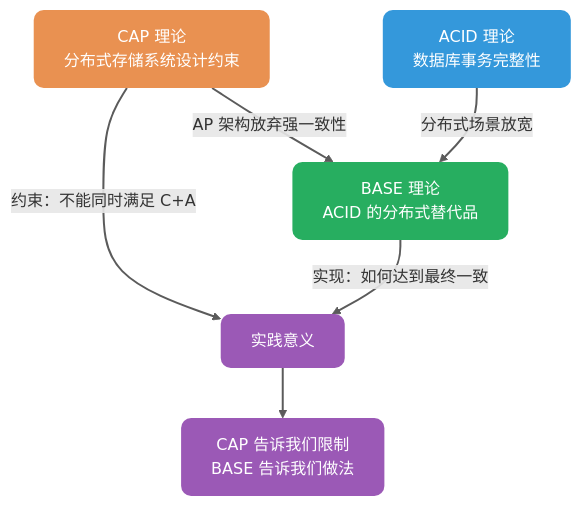
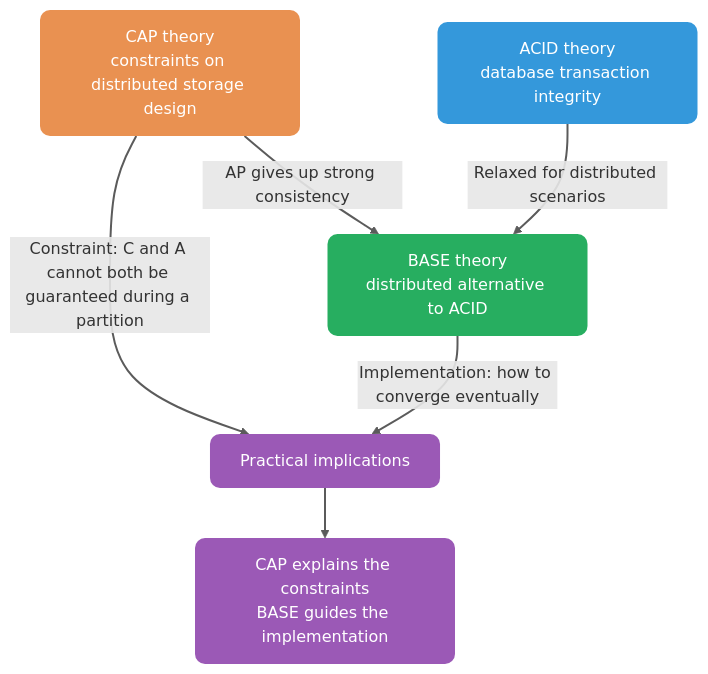
Before and after one commit to m3h3d1/JavaGuideEn: the fifth of 5 diagrams in docs/distributed-system/protocol/cap-and-base-theorem.md, drawn with Mermaid. The commit also changed other lines of this file and 16 other files, not shown here.

````diff
--- a/docs/distributed-system/protocol/cap-and-base-theorem.md
+++ b/docs/distributed-system/protocol/cap-and-base-theorem.md
@@ -482,22 +469,22 @@
 ```mermaid
 flowchart TB
-    %% 核心语义配色
+    %% Core semantic colors
     classDef cap fill:#E99151,color:#FFFFFF,stroke:none,rx:10,ry:10
     classDef base fill:#27AE60,color:#FFFFFF,stroke:none,rx:10,ry:10
     classDef acid fill:#3498DB,color:#FFFFFF,stroke:none,rx:10,ry:10
     classDef relation fill:#9B59B6,color:#FFFFFF,stroke:none,rx:10,ry:10
 
-    CAP[CAP 理论<br/>分布式存储系统设计约束]:::cap
-    ACID[ACID 理论<br/>数据库事务完整性]:::acid
-    BASE[BASE 理论<br/>ACID 的分布式替代品]:::base
+    CAP[CAP theory<br/>constraints on distributed storage design]:::cap
+    ACID[ACID theory<br/>database transaction integrity]:::acid
+    BASE[BASE theory<br/>distributed alternative to ACID]:::base
 
-    CAP -->|AP 架构放弃强一致性| BASE
-    ACID -->|分布式场景放宽| BASE
+    CAP -->|AP gives up strong consistency| BASE
+    ACID -->|Relaxed for distributed scenarios| BASE
 
-    CAP -->|约束：不能同时满足 C+A| R1[实践意义]:::relation
-    BASE -->|实现：如何达到最终一致| R1
+    CAP -->|Constraint: C and A cannot both be guaranteed during a partition| R1[Practical implications]:::relation
+    BASE -->|Implementation: how to converge eventually| R1
 
-    R1 --> Result[CAP 告诉我们限制<br/>BASE 告诉我们做法]:::relation
+    R1 --> Result[CAP explains the constraints<br/>BASE guides the implementation]:::relation
 
     linkStyle default stroke-width:2px,stroke:#333333,opacity:0.8
 ```
````
